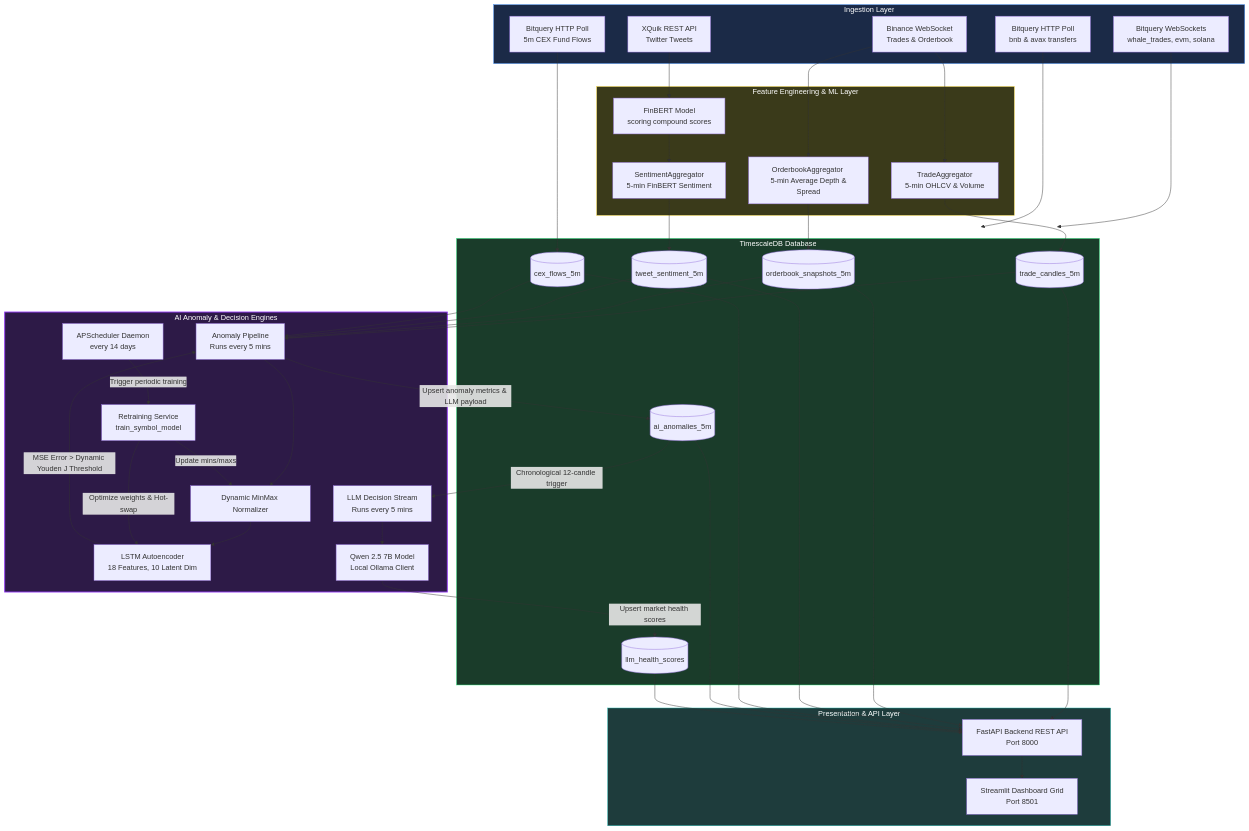
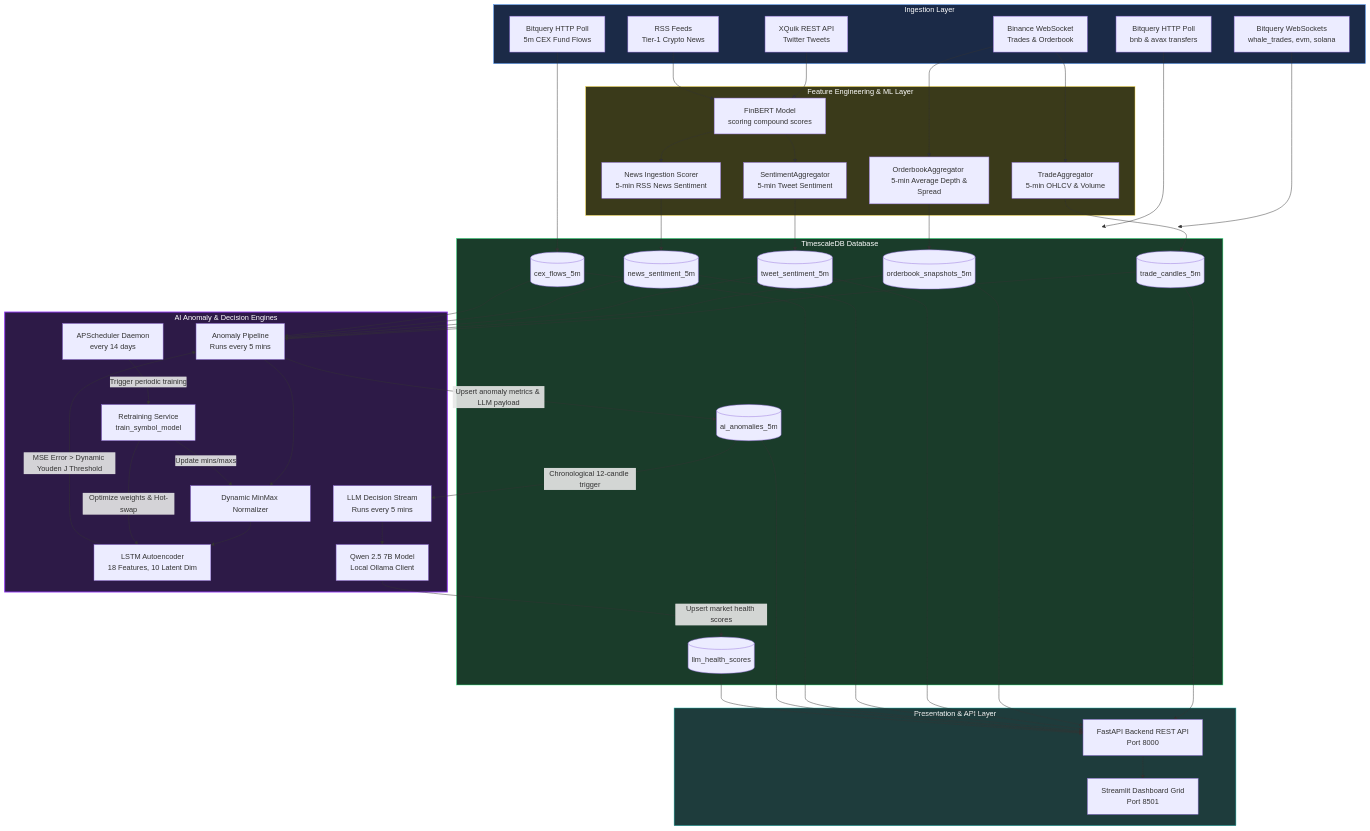
Before and after one commit to ErkanIsikB/CryptoSense: the diagram in README.md, drawn with Mermaid. The commit also changed other lines of this file, not shown here.

```diff
--- a/README.md
+++ b/README.md
@@ -14,6 +14,7 @@
     subgraph Ingestion ["Ingestion Layer"]
         BWS[Binance WebSocket <br/> Trades & Orderbook]
         XQ[XQuik REST API <br/> Twitter Tweets]
+        RSS[RSS Feeds <br/> Tier-1 Crypto News]
         B_CEX[Bitquery HTTP Poll <br/> 5m CEX Fund Flows]
         B_WS[Bitquery WebSockets <br/> whale_trades, evm, solana]
         B_HTTP[Bitquery HTTP Poll <br/> bnb & avax transfers]
@@ -23,7 +24,8 @@
     subgraph Processing ["Feature Engineering & ML Layer"]
         TA[TradeAggregator <br/> 5-min OHLCV & Volume]
         OA[OrderbookAggregator <br/> 5-min Average Depth & Spread]
-        SA[SentimentAggregator <br/> 5-min FinBERT Sentiment]
+        SA[SentimentAggregator <br/> 5-min Tweet Sentiment]
+        NA[News Ingestion Scorer <br/> 5-min RSS News Sentiment]
         FS[FinBERT Model <br/> scoring compound scores]
     end
 
@@ -32,6 +34,7 @@
         T_TC[(trade_candles_5m)]
         T_OS[(orderbook_snapshots_5m)]
         T_TS[(tweet_sentiment_5m)]
+        T_NS[(news_sentiment_5m)]
         T_CF[(cex_flows_5m)]
         T_ANOM[(ai_anomalies_5m)]
         T_LLM[(llm_health_scores)]
@@ -60,6 +63,7 @@
     BWS --> TA
     BWS --> OA
     XQ --> FS --> SA
+    RSS --> FS --> NA
     B_CEX --> T_CF
     B_WS --> Storage
     B_HTTP --> Storage
@@ -67,10 +71,12 @@
     TA --> T_TC
     OA --> T_OS
     SA --> T_TS
+    NA --> T_NS
     
     T_TC --> AP
     T_OS --> AP
     T_TS --> AP
+    T_NS --> AP
     T_CF --> AP
     
     AP --> SCALER --> LSTM
@@ -84,7 +90,7 @@
     RS -->|Optimize weights & Hot-swap| LSTM
     RS -->|Update mins/maxs| SCALER
     
-    T_TC & T_OS & T_TS & T_CF & T_ANOM & T_LLM --> API
+    T_TC & T_OS & T_TS & T_NS & T_CF & T_ANOM & T_LLM --> API
     API --> DASH
 
     style ML_Engine fill:#2d1a47,stroke:#953df4,stroke-width:2px,color:#fff
```
